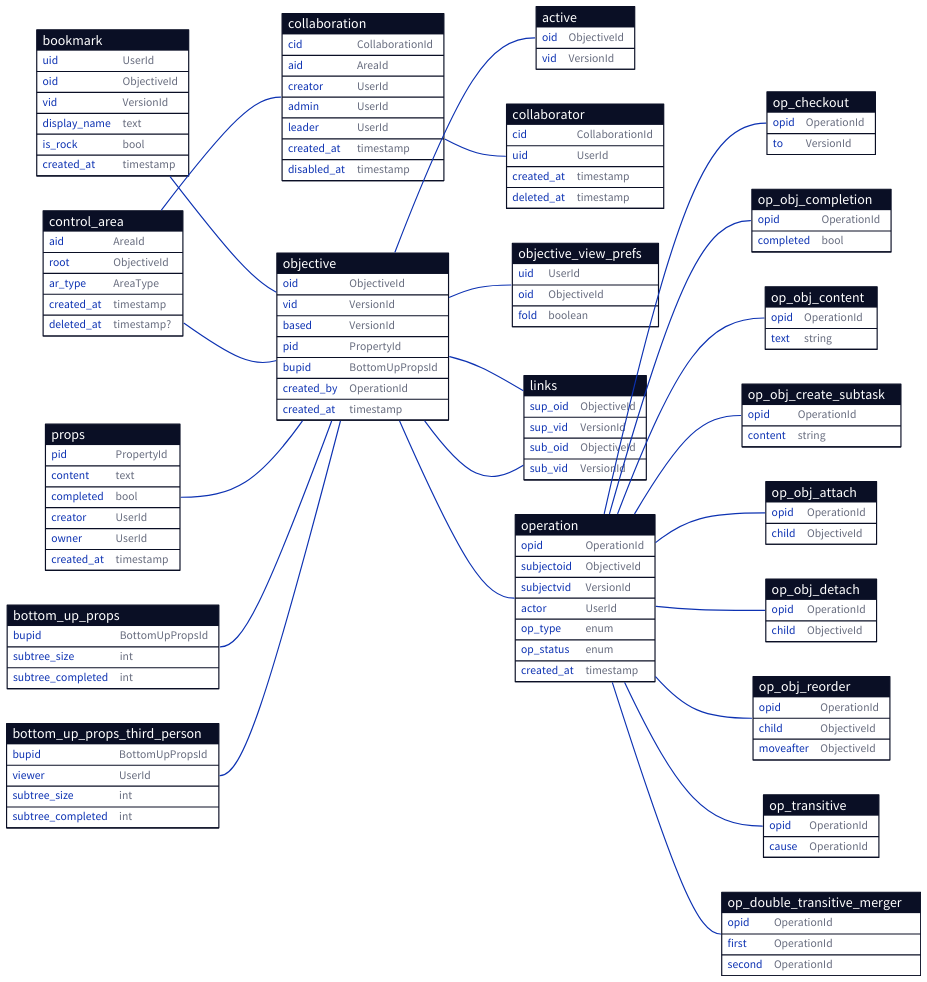
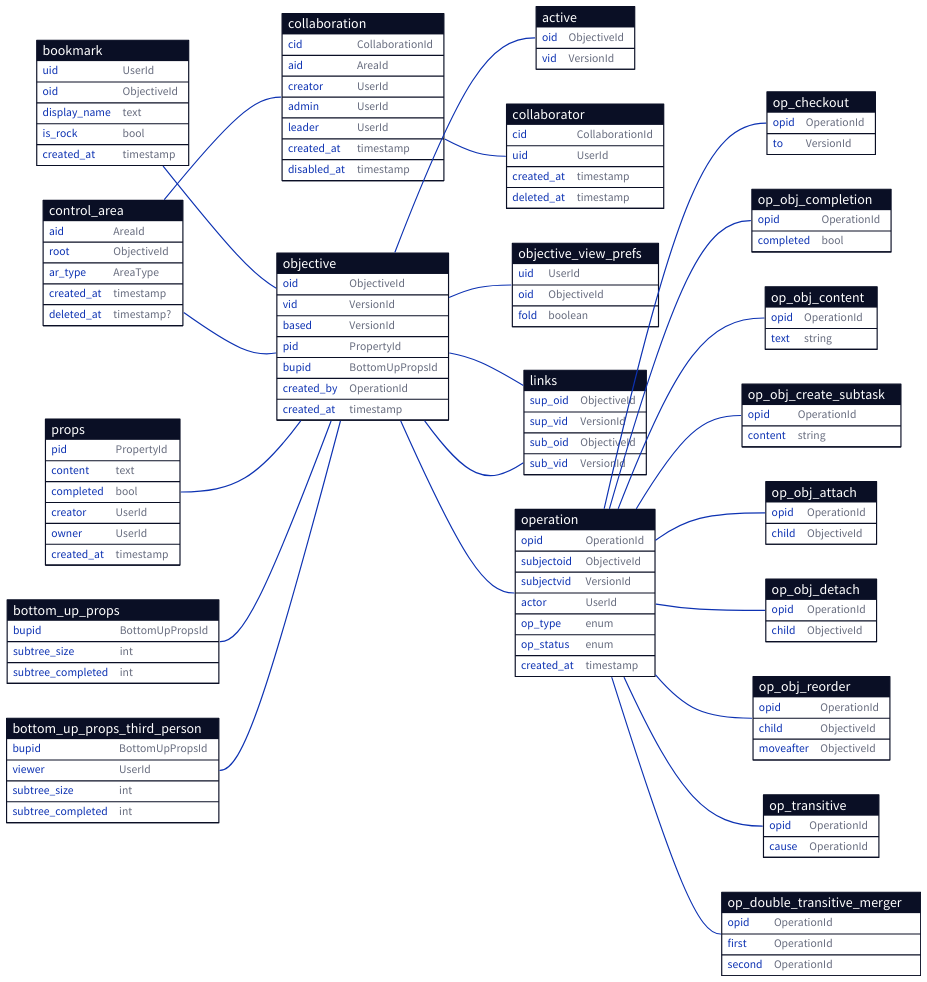
Before and after one commit to ufukty/logbook: the diagram in docs/database/simplified.d2, drawn with D2. The commit also changed 11 other files, not shown here.

```diff
--- a/docs/database/simplified.d2
+++ b/docs/database/simplified.d2
@@ -10,7 +10,6 @@
 
   uid: UserId
   oid: ObjectiveId
-  vid: VersionId
   display_name: text
   is_rock: bool # rocks are hidden in the UI
   created_at: timestamp
```
